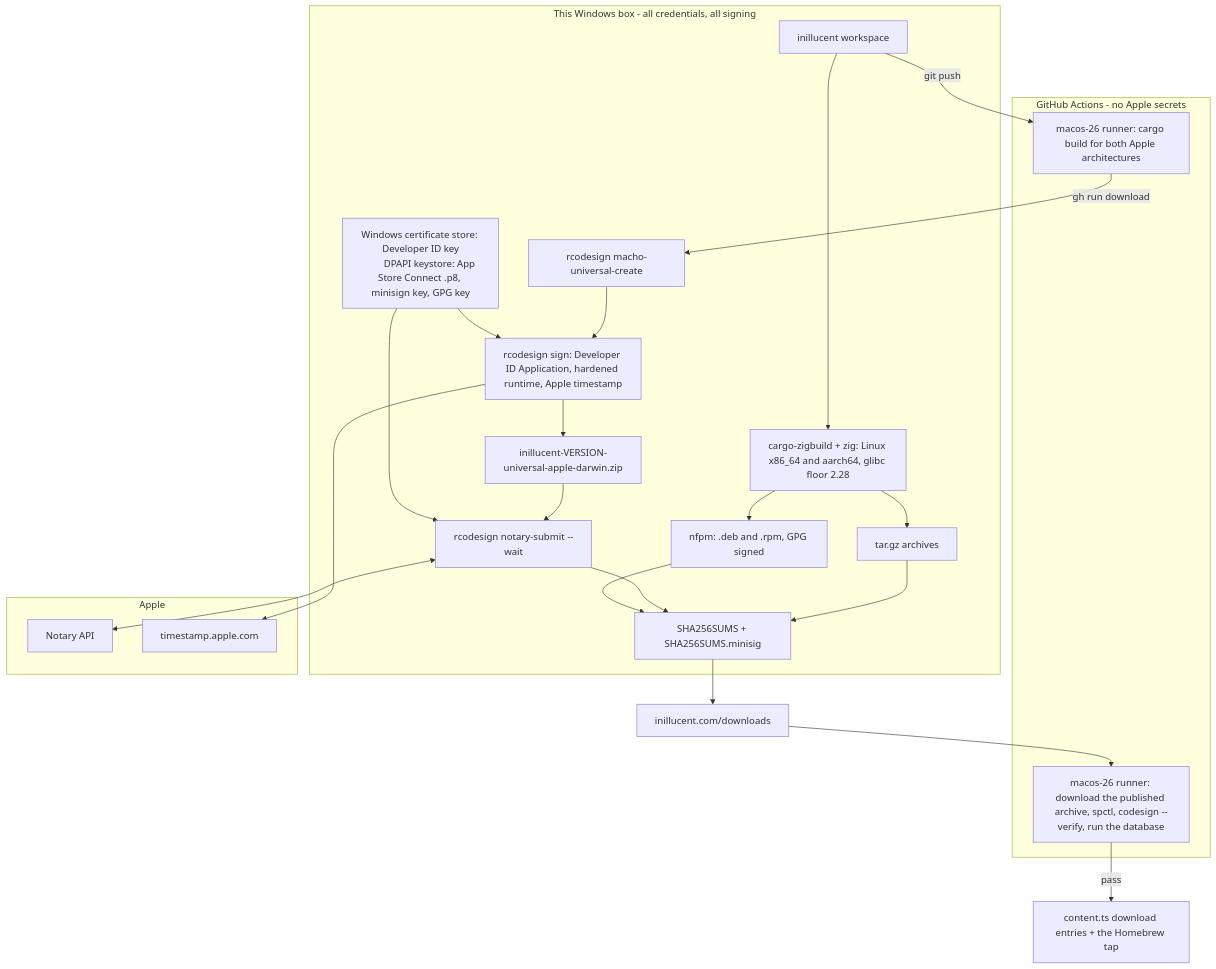
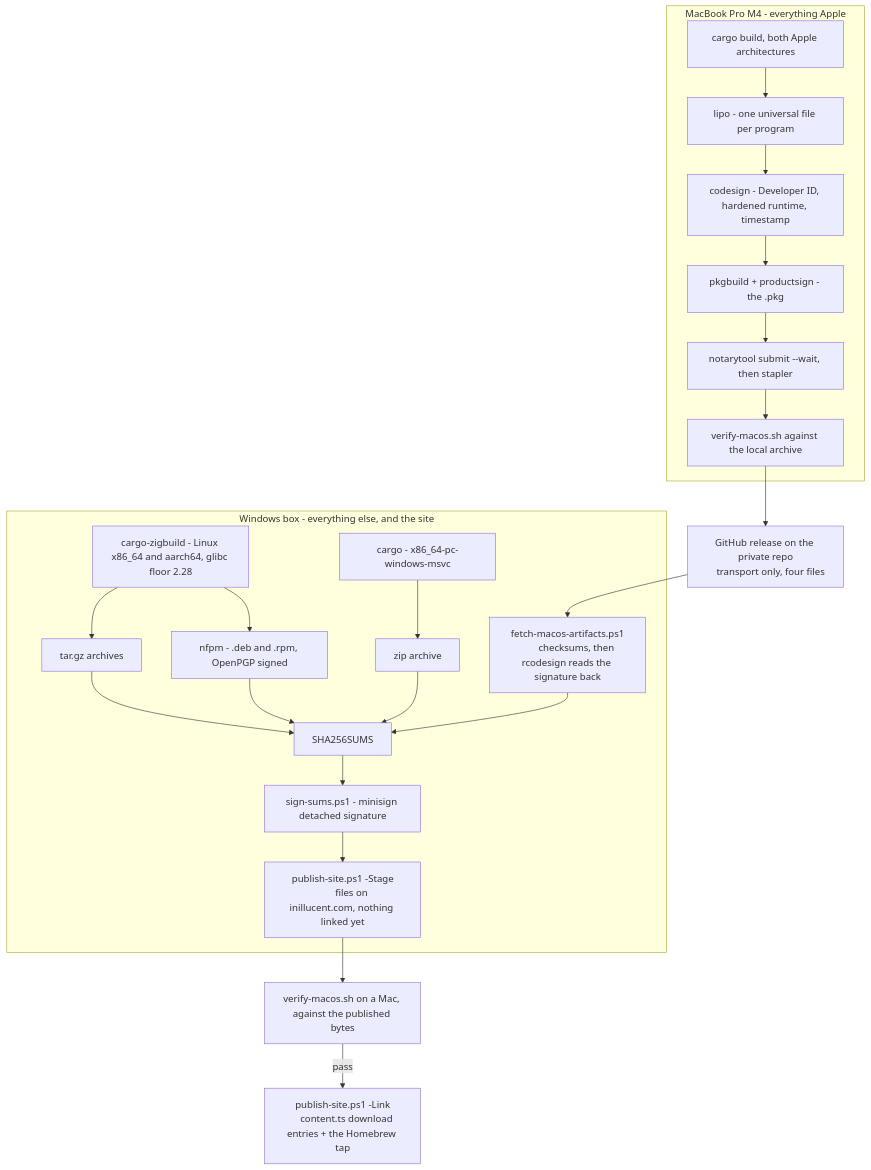
Before and after one commit to jasonmcaffee/inillucent: the first of 2 diagrams in tasks/task-1895-mac-and-linux-builds-tdd.md, drawn with Mermaid. The commit also changed other lines of this file and 21 other files, not shown here.

````diff
--- a/tasks/task-1895-mac-and-linux-builds-tdd.md
+++ b/tasks/task-1895-mac-and-linux-builds-tdd.md
@@ -204,35 +75,35 @@
 ```mermaid
 flowchart TD
-    subgraph GH["GitHub Actions - no Apple secrets"]
-        BUILD["macos-26 runner: cargo build for both Apple architectures"]
-        VERIFY["macos-26 runner: download the published archive, spctl, codesign --verify, run the database"]
+    subgraph MAC["MacBook Pro M4 - everything Apple"]
+        MBUILD["cargo build, both Apple architectures"]
+        LIPO["lipo - one universal file per program"]
+        CS["codesign - Developer ID, hardened runtime, timestamp"]
+        PKG["pkgbuild + productsign - the .pkg"]
+        NOT["notarytool submit --wait, then stapler"]
+        SMOKE1["verify-macos.sh against the local archive"]
+        MBUILD --> LIPO --> CS --> PKG --> NOT --> SMOKE1
     end
-    subgraph WIN["This Windows box - all credentials, all signing"]
-        SRC["inillucent workspace"]
-        ZB["cargo-zigbuild + zig: Linux x86_64 and aarch64, glibc floor 2.28"]
-        SRC --> ZB
-        SRC -->|"git push"| BUILD
-        BUILD -->|"gh run download"| UNI["rcodesign macho-universal-create"]
-        UNI --> SIGN["rcodesign sign: Developer ID Application, hardened runtime, Apple timestamp"]
-        SIGN --> ZIP["inillucent-VERSION-universal-apple-darwin.zip"]
-        ZIP --> NOT["rcodesign notary-submit --wait"]
+    GH["GitHub release on the private repo
+    transport only, four files"]
+    SMOKE1 --> GH
+    subgraph WIN["Windows box - everything else, and the site"]
+        ZB["cargo-zigbuild - Linux x86_64 and aarch64, glibc floor 2.28"]
+        NATIVE["cargo - x86_64-pc-windows-msvc"]
         ZB --> TGZ["tar.gz archives"]
-        ZB --> NF["nfpm: .deb and .rpm, GPG signed"]
-        TGZ --> SUMS["SHA256SUMS + SHA256SUMS.minisig"]
-        NOT --> SUMS
+        NATIVE --> ZIPW["zip archive"]
+        ZB --> NF["nfpm - .deb and .rpm, OpenPGP signed"]
+        FETCH["fetch-macos-artifacts.ps1
+        checksums, then rcodesign reads the signature back"]
+        TGZ --> SUMS["SHA256SUMS"]
+        ZIPW --> SUMS
         NF --> SUMS
-        KEYS["Windows certificate store: Developer ID key
-        DPAPI keystore: App Store Connect .p8, minisign key, GPG key"]
-        KEYS --> SIGN
-        KEYS --> NOT
+        FETCH --> SUMS
+        SUMS --> MINI["sign-sums.ps1 - minisign detached signature"]
+        MINI --> STAGE["publish-site.ps1 -Stage
+        files on inillucent.com, nothing linked yet"]
     end
-    subgraph APPLE["Apple"]
-        NOTARY["Notary API"]
-        TSA["timestamp.apple.com"]
-    end
-    NOT <--> NOTARY
-    SIGN --> TSA
-    SUMS --> SITE["inillucent.com/downloads"]
-    SITE --> VERIFY
-    VERIFY -->|"pass"| LINK["content.ts download entries + the Homebrew tap"]
+    GH --> FETCH
+    STAGE --> GATE["verify-macos.sh on a Mac, against the published bytes"]
+    GATE -->|"pass"| LINK["publish-site.ps1 -Link
+    content.ts download entries + the Homebrew tap"]
 ```
````
